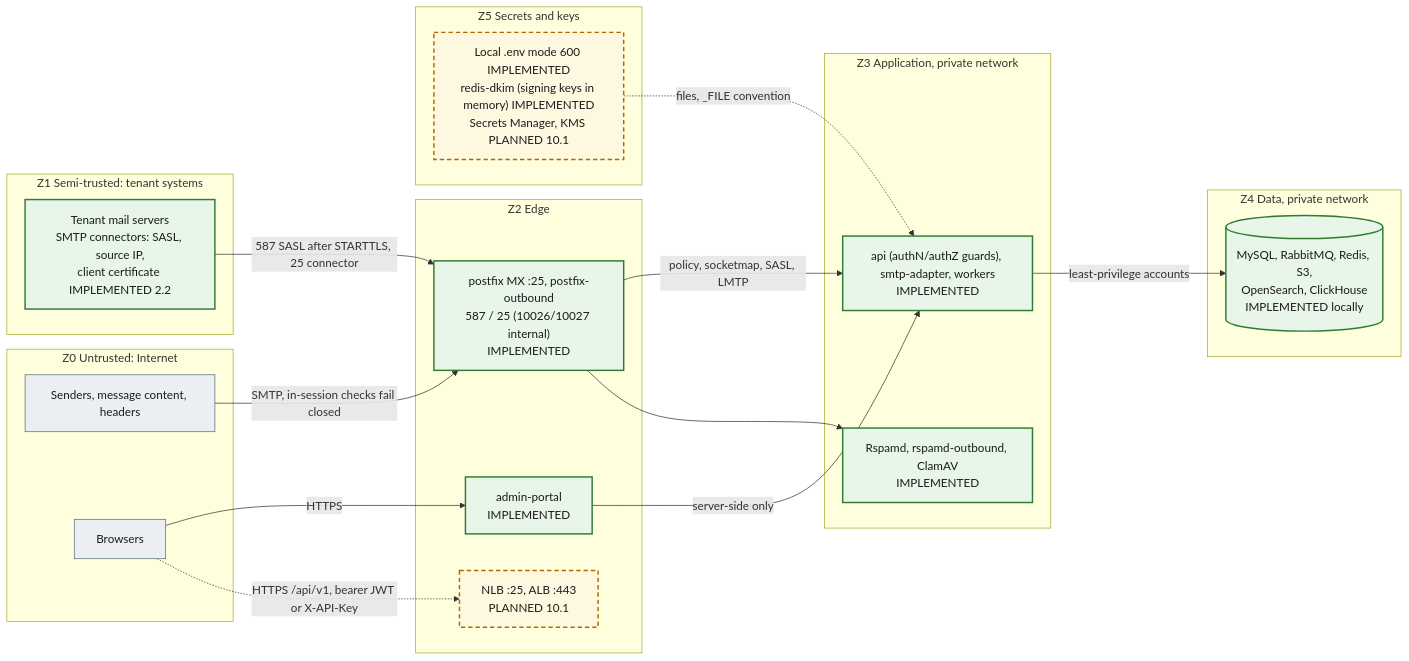
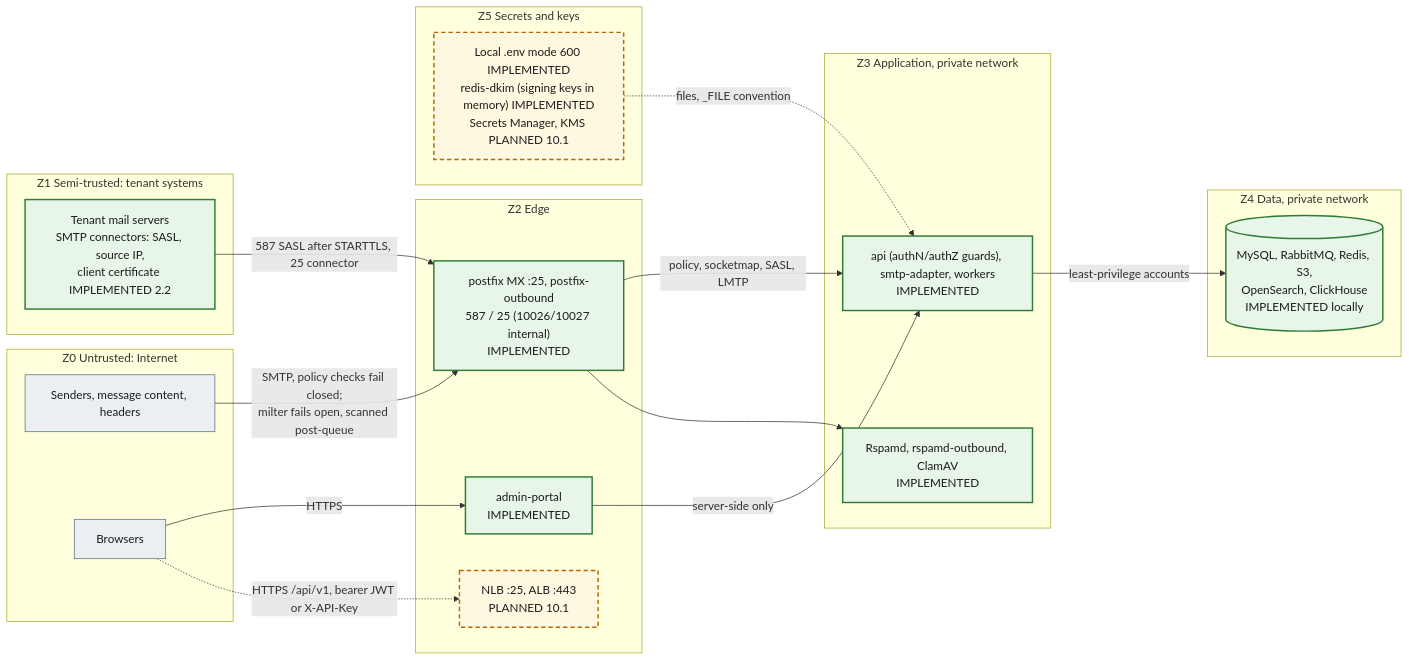
Before and after one commit to mnnitsarvesh-ai/email-gateway: the diagram in docs/architecture/security-boundaries.md, drawn with Mermaid. The commit also changed other lines of this file and 276 other files, not shown here.

````diff
--- a/docs/architecture/security-boundaries.md
+++ b/docs/architecture/security-boundaries.md
@@ -7,39 +7,39 @@
 ```mermaid
 flowchart LR
   classDef impl fill:#e8f5e9,stroke:#2e7d32,stroke-width:2px,color:#1b1b1b
   classDef planned fill:#fff8e1,stroke:#b26a00,stroke-width:2px,stroke-dasharray:6 4,color:#1b1b1b
   classDef ext fill:#eceff1,stroke:#546e7a,stroke-width:1px,color:#1b1b1b
 
   subgraph z0["Z0 Untrusted: Internet"]
     snd["Senders, message content, headers"]:::ext
     brw["Browsers"]:::ext
   end
   subgraph z1["Z1 Semi-trusted: tenant systems"]
     tmail["Tenant mail servers<br/>SMTP connectors: SASL, source IP,<br/>client certificate IMPLEMENTED 2.2"]:::impl
   end
   subgraph z2["Z2 Edge"]
     pf["postfix MX :25, postfix-outbound<br/>587 / 25 (10026/10027 internal)<br/>IMPLEMENTED"]:::impl
     lb["NLB :25, ALB :443<br/>PLANNED 10.1"]:::planned
     portal["admin-portal<br/>IMPLEMENTED"]:::impl
   end
   subgraph z3["Z3 Application, private network"]
     apps["api (authN/authZ guards), smtp-adapter, workers<br/>IMPLEMENTED"]:::impl
     eng["Rspamd, rspamd-outbound, ClamAV<br/>IMPLEMENTED"]:::impl
   end
   subgraph z4["Z4 Data, private network"]
     data[("MySQL, RabbitMQ, Redis, S3,<br/>OpenSearch, ClickHouse<br/>IMPLEMENTED locally")]:::impl
   end
   subgraph z5["Z5 Secrets and keys"]
     sec["Local .env mode 600 IMPLEMENTED<br/>redis-dkim (signing keys in memory) IMPLEMENTED<br/>Secrets Manager, KMS PLANNED 10.1"]:::planned
   end
 
-  snd -->|"SMTP, in-session checks fail closed"| pf
+  snd -->|"SMTP, policy checks fail closed;<br/>milter fails open, scanned post-queue"| pf
   brw -->|"HTTPS"| portal
   brw -.->|"HTTPS /api/v1, bearer JWT or X-API-Key"| lb
   tmail -->|"587 SASL after STARTTLS, 25 connector"| pf
   pf -->|"policy, socketmap, SASL, LMTP"| apps
   pf --> eng
   portal -->|"server-side only"| apps
   apps -->|"least-privilege accounts"| data
   sec -.->|"files, _FILE convention"| apps
 ```
````
